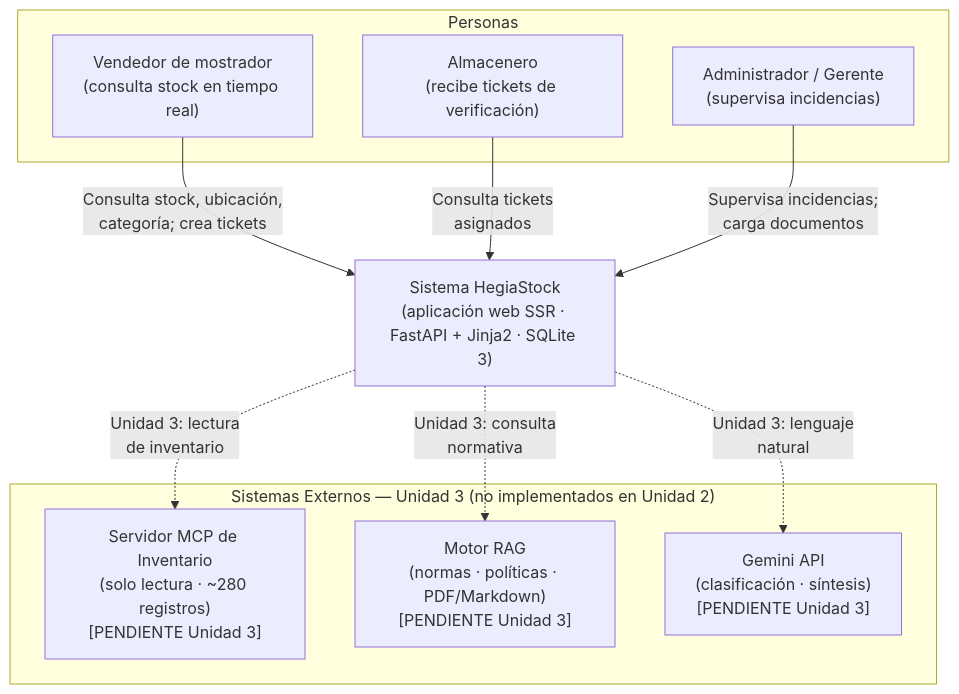
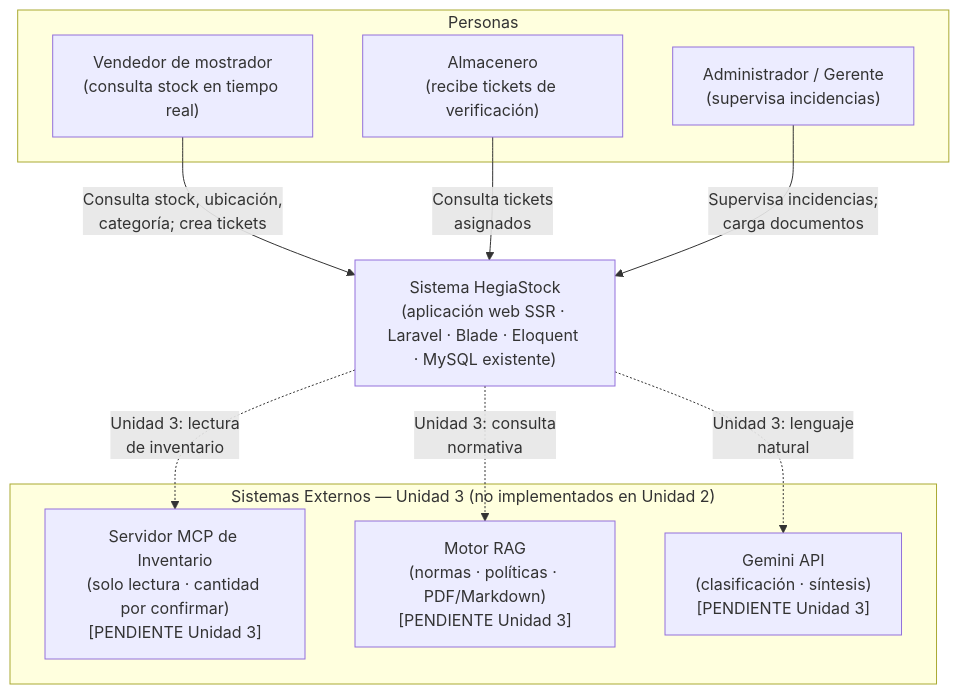
One commit to Jesus0611-ux/asistente-hegiapesa changed the first of 5 diagrams in .kiro/specs/hegia-stock/design.md. Above: the diagram before and after it, drawn with Mermaid. The commit also changed other lines of this file and 8 other files, not shown here.

````diff
--- a/.kiro/specs/hegia-stock/design.md
+++ b/.kiro/specs/hegia-stock/design.md
@@ -16,24 +16,24 @@
 ```mermaid
 flowchart TB
     subgraph Personas["Personas"]
         V["Vendedor de mostrador\n(consulta stock en tiempo real)"]
         AL["Almacenero\n(recibe tickets de verificación)"]
         ADM["Administrador / Gerente\n(supervisa incidencias)"]
     end
 
-    SYS["Sistema HegiaStock\n(aplicación web SSR · FastAPI + Jinja2 · SQLite 3)"]
+    SYS["Sistema HegiaStock\n(aplicación web SSR · Laravel · Blade · Eloquent · MySQL existente)"]
 
     subgraph SistemasExternos["Sistemas Externos — Unidad 3 (no implementados en Unidad 2)"]
-        MCP["Servidor MCP de Inventario\n(solo lectura · ~280 registros)\n[PENDIENTE Unidad 3]"]
+        MCP["Servidor MCP de Inventario\n(solo lectura · cantidad por confirmar)\n[PENDIENTE Unidad 3]"]
         RAG["Motor RAG\n(normas · políticas · PDF/Markdown)\n[PENDIENTE Unidad 3]"]
         LLM["Gemini API\n(clasificación · síntesis)\n[PENDIENTE Unidad 3]"]
     end
 
     V   -- "Consulta stock, ubicación,\ncategoría; crea tickets" --> SYS
     AL  -- "Consulta tickets\nasignados" --> SYS
     ADM -- "Supervisa incidencias;\ncarga documentos" --> SYS
 
     SYS -. "Unidad 3: lectura\nde inventario" .-> MCP
     SYS -. "Unidad 3: consulta\nnormativa" .-> RAG
     SYS -. "Unidad 3: lenguaje\nnatural" .-> LLM
 ```
````
